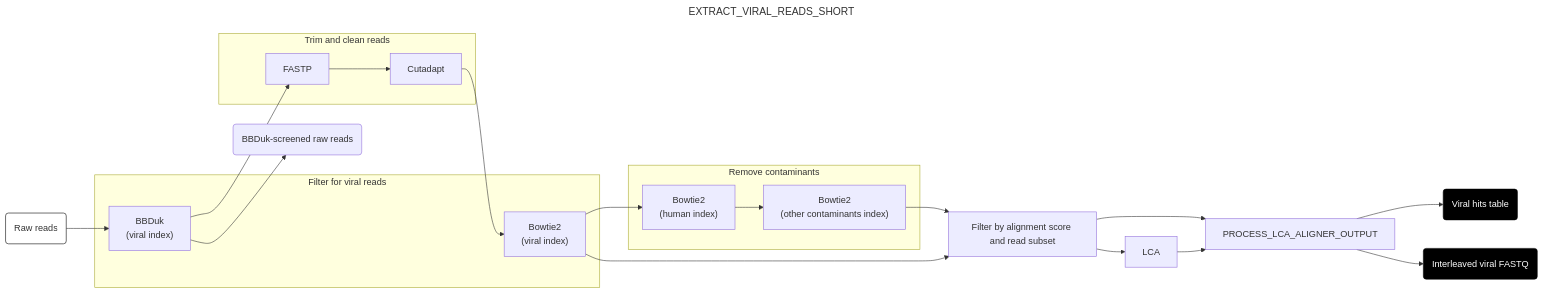
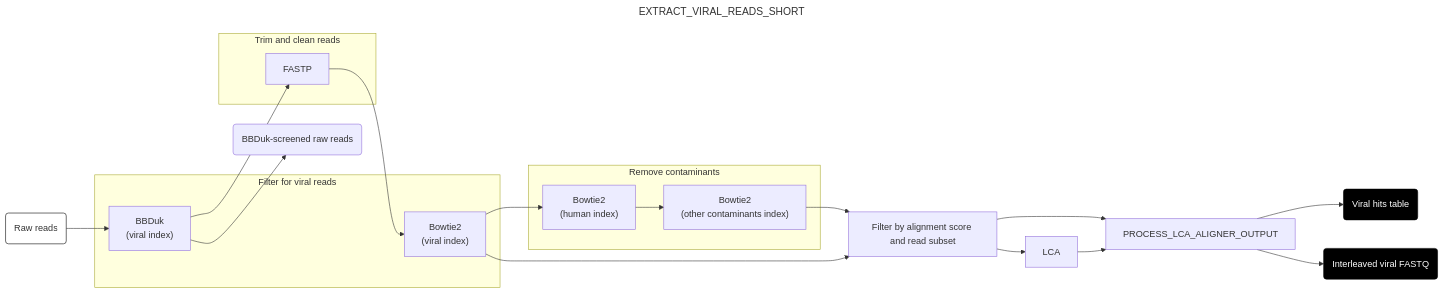
Before and after one commit to ascender1729/nao-mgs-workflow: the sixth of 10 diagrams in docs/run.md, drawn with Mermaid. The commit also changed other lines of this file and 16 other files, not shown here.

````diff
--- a/docs/run.md
+++ b/docs/run.md
@@ -200,38 +200,36 @@
 ```mermaid
 ---
 title: EXTRACT_VIRAL_READS_SHORT
 config:
   layout: horizontal
 ---
 flowchart LR
 A(Raw reads) --> B["BBDuk <br> (viral index)"]
 B --> M(BBDuk-screened raw reads)
 B --> C[FASTP]
-C --> D[Cutadapt]
-D --> E["Bowtie2 <br> (viral index)"]
+C --> E["Bowtie2 <br> (viral index)"]
 E --> F["Bowtie2 <br> (human index)"]
 F --> G["Bowtie2 <br> (other contaminants index)"]
 G --> H[Filter by alignment score and read subset]
 E --> H
 H --> I[LCA]
 H --> J
 I --> J[PROCESS_LCA_ALIGNER_OUTPUT]
 J --> K(Viral hits table)
 J --> L(Interleaved viral FASTQ)
 
 subgraph "Filter for viral reads"
 B
 E
 end
 subgraph "Trim and clean reads"
 C
-D
 end
 subgraph "Remove contaminants"
 F
 G
 end
 style A fill:#fff,stroke:#000
 style K fill:#000,color:#fff,stroke:#000
 style L fill:#000,color:#fff,stroke:#000
 ```
````
